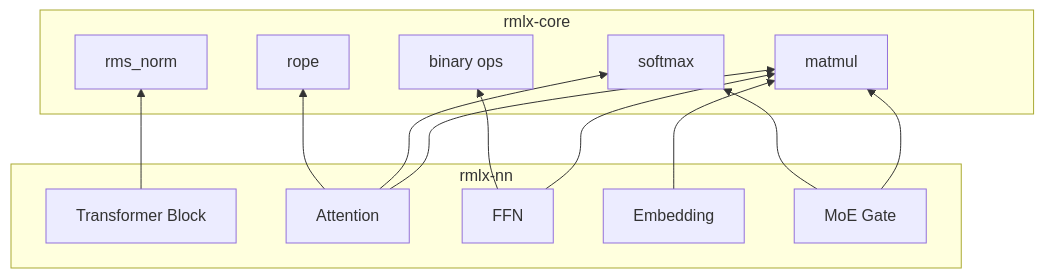
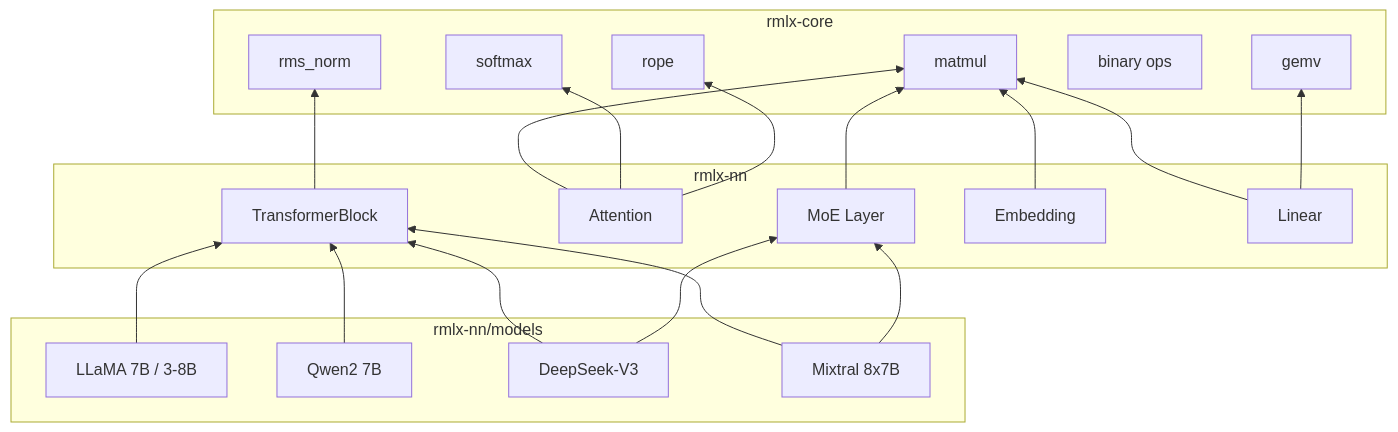
The diagram in docs/crates/rmlx-nn.md (0xDaizz/RMLX), drawn with Mermaid before and after one commit. The commit also changed other lines of this file and 11 other files, not shown here.

````diff
--- a/docs/crates/rmlx-nn.md
+++ b/docs/crates/rmlx-nn.md
@@ -94,28 +244,42 @@
 ```mermaid
 graph BT
     subgraph "rmlx-nn"
-        TB[Transformer Block]
+        TB[TransformerBlock]
         ATT[Attention]
-        FFN[FFN]
+        MOE[MoE Layer]
         EMB[Embedding]
-        GATE[MoE Gate]
+        LIN[Linear]
+    end
+
+    subgraph "rmlx-nn/models"
+        LLAMA[LLaMA 7B / 3-8B]
+        QWEN[Qwen2 7B]
+        DS[DeepSeek-V3]
+        MIX[Mixtral 8x7B]
     end
 
     subgraph "rmlx-core"
         MATMUL[matmul]
         SOFTMAX[softmax]
         ROPE[rope]
         RMSNORM[rms_norm]
         BINARY[binary ops]
+        GEMV[gemv]
     end
 
     ATT --> MATMUL
     ATT --> SOFTMAX
     ATT --> ROPE
-    FFN --> MATMUL
-    FFN --> BINARY
+    MOE --> MATMUL
+    LIN --> MATMUL
+    LIN --> GEMV
     TB --> RMSNORM
     EMB --> MATMUL
-    GATE --> MATMUL
-    GATE --> SOFTMAX
+
+    LLAMA --> TB
+    QWEN --> TB
+    DS --> TB
+    DS --> MOE
+    MIX --> TB
+    MIX --> MOE
 ```
````
